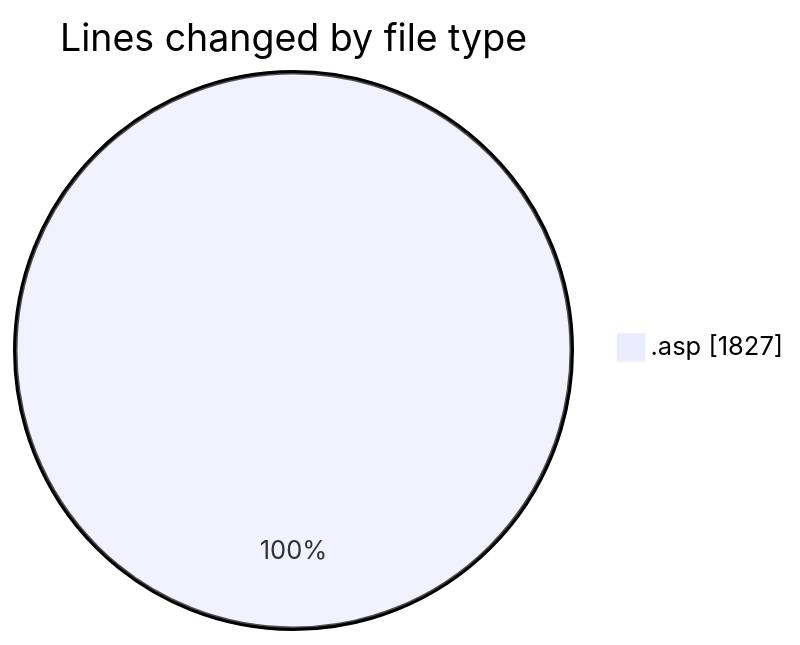
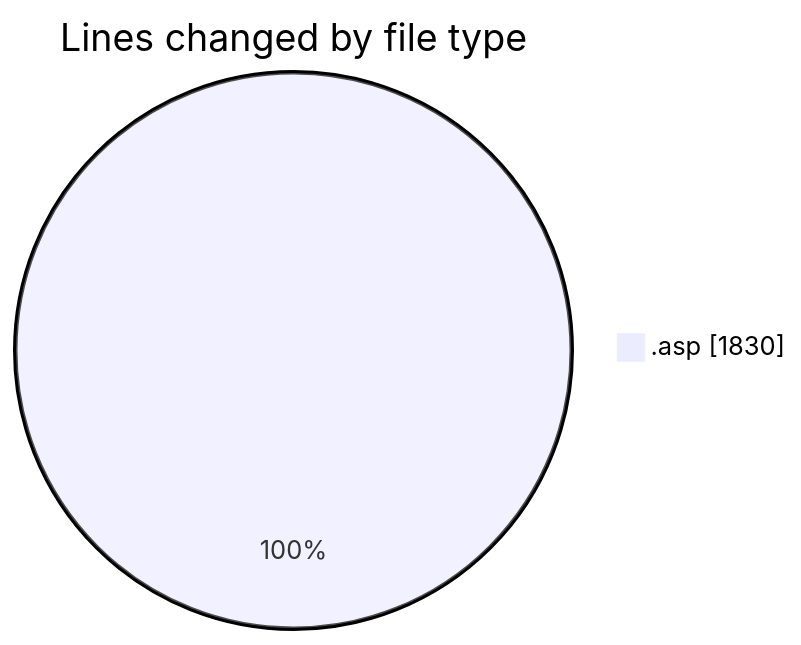
One commit to julien-gomy/code-tracking changed the first of 2 diagrams in 2025-10-06/usr_aleoudev_fr__workspace_/README.md. Above: the diagram before and after it, drawn with Mermaid. The commit also changed other lines of this file and 1 other file, not shown here.

````diff
--- a/2025-10-06/usr_aleoudev_fr__workspace_/README.md
+++ b/2025-10-06/usr_aleoudev_fr__workspace_/README.md
@@ -20,5 +20,5 @@
 ```mermaid
 pie showData
 title Lines changed by file type
-".asp" : 1827
+".asp" : 1830
 ```
````
